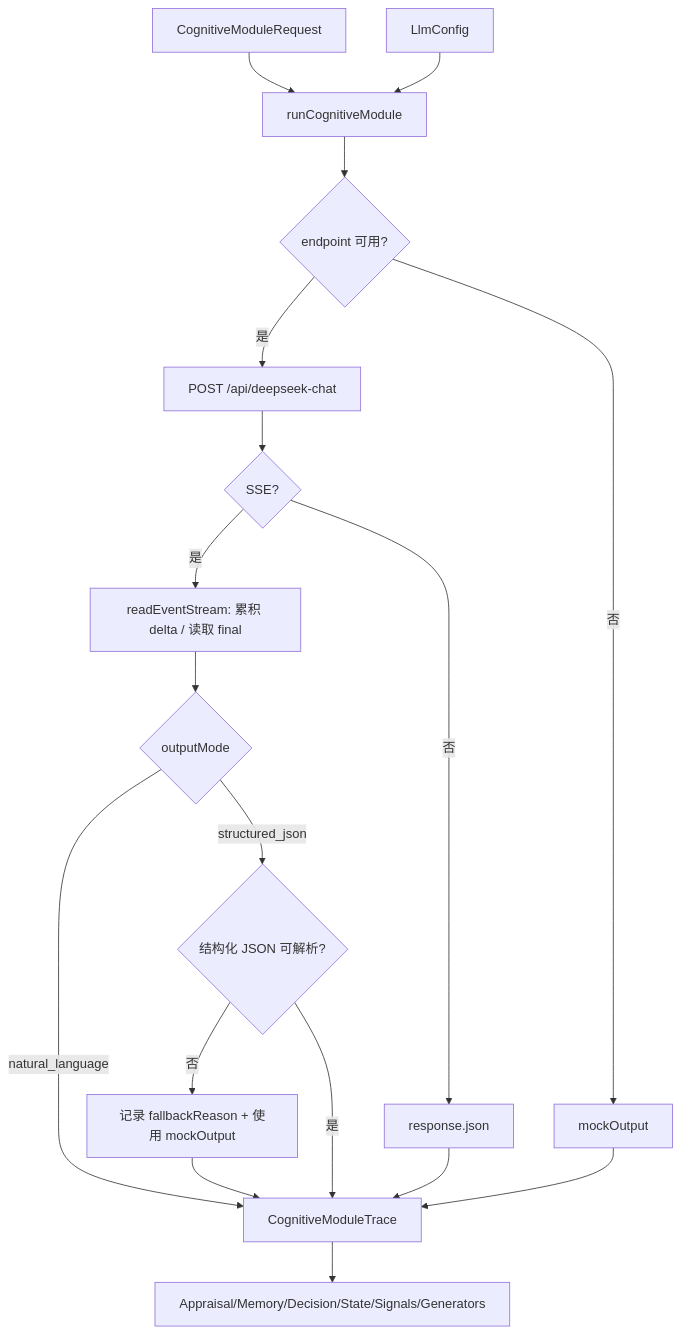
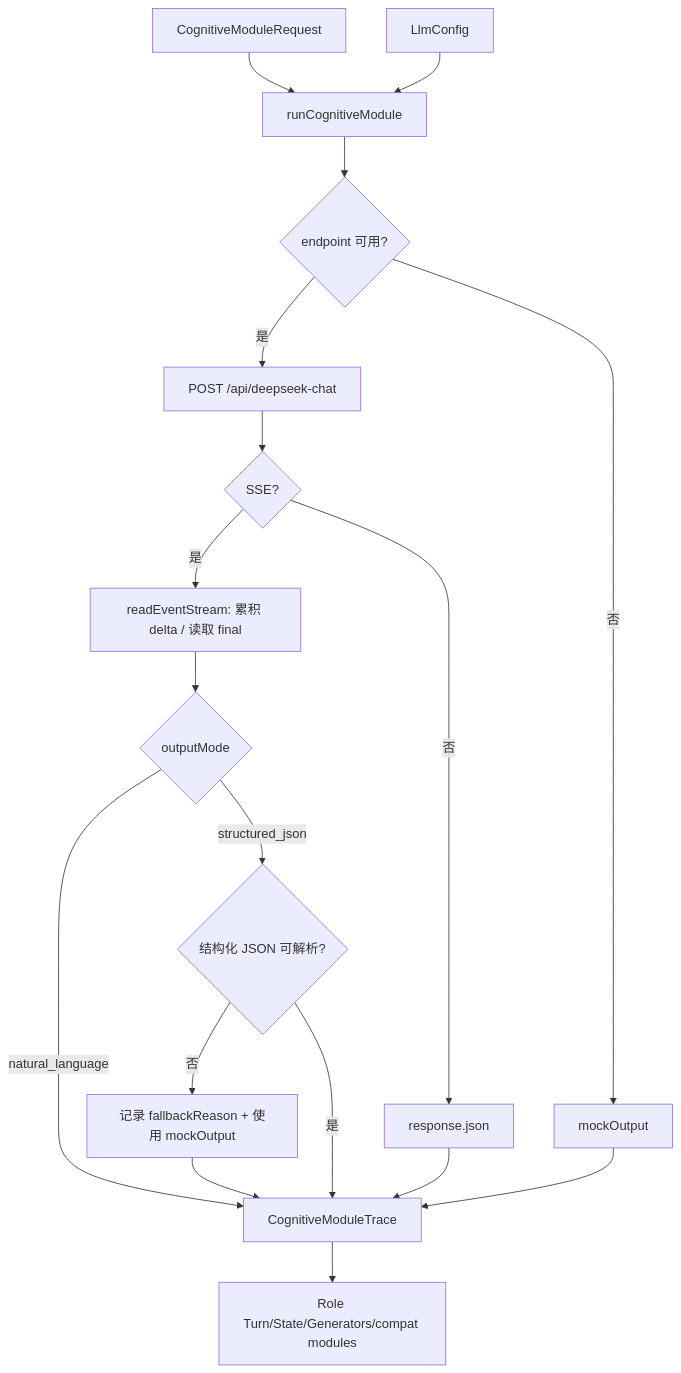
One commit to ttmanthatman/virtual-human-flow changed diagram 15 of 32 in docs/SYSTEM_FLOW.md. Above: the diagram before and after it, drawn with Mermaid. The commit also changed other lines of this file and 17 other files, not shown here.

Commit message:
refactor: unify conversation role turn

````diff
--- a/docs/SYSTEM_FLOW.md
+++ b/docs/SYSTEM_FLOW.md
@@ -410,20 +407,20 @@
 ```mermaid
 flowchart TD
     REQ["CognitiveModuleRequest"] --> CLIENT["runCognitiveModule"]
     CFG["LlmConfig"] --> CLIENT
     CLIENT --> CHECK{"endpoint 可用?"}
     CHECK -- "是" --> FETCH["POST /api/deepseek-chat"]
     FETCH --> STREAM{"SSE?"}
     STREAM -- "是" --> READ["readEventStream: 累积 delta / 读取 final"]
     STREAM -- "否" --> JSON["response.json"]
     READ --> MODE{"outputMode"}
     MODE -- "natural_language" --> TRACE
     MODE -- "structured_json" --> PARSE{"结构化 JSON 可解析?"}
     PARSE -- "否" --> FALLBACK["记录 fallbackReason + 使用 mockOutput"]
     PARSE -- "是" --> TRACE
     CHECK -- "否" --> MOCK["mockOutput"]
     JSON --> TRACE
     FALLBACK --> TRACE["CognitiveModuleTrace"]
     MOCK --> TRACE
-    TRACE --> CALLER["Appraisal/Memory/Decision/State/Signals/Generators"]
+    TRACE --> CALLER["Role Turn/State/Generators/compat modules"]
 ```
````
